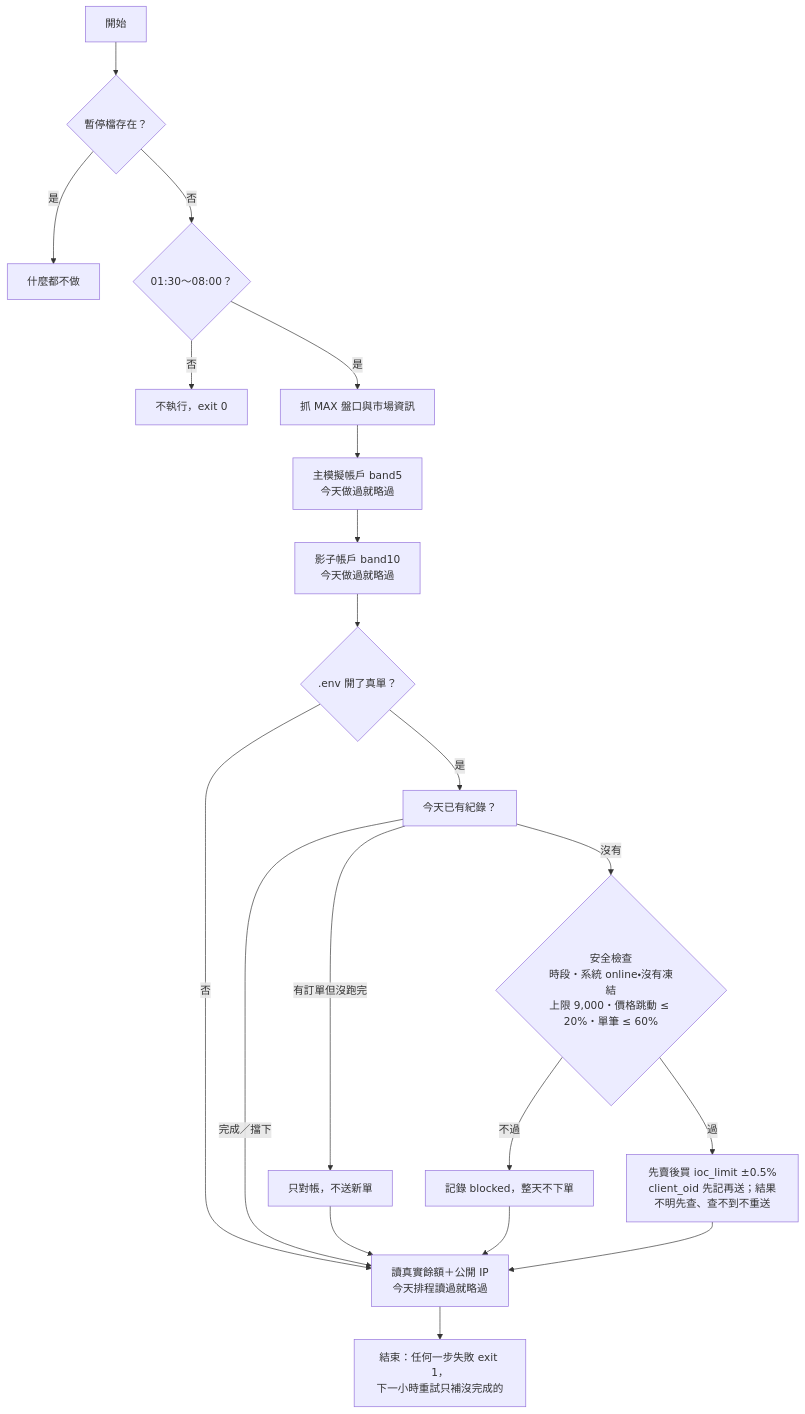
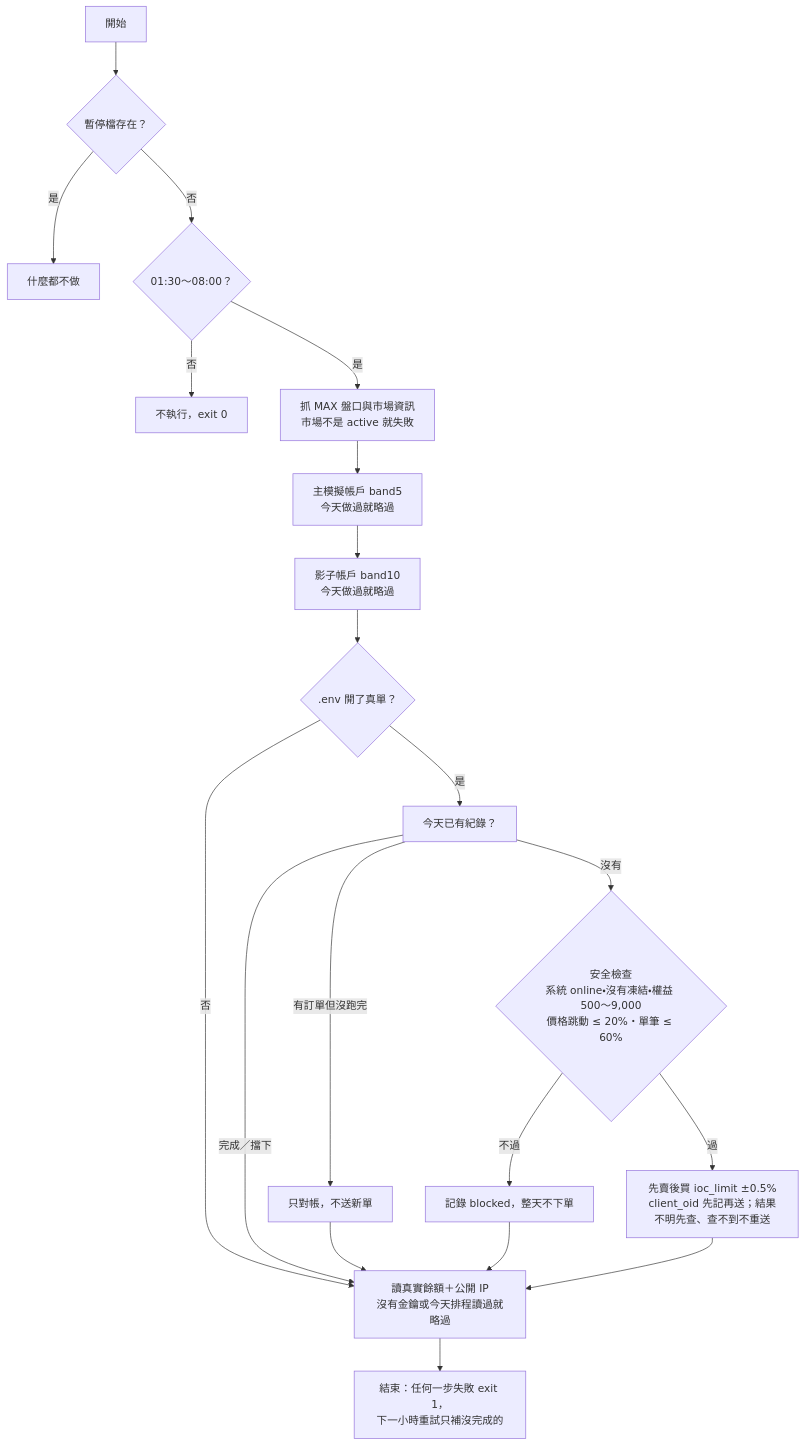
Before and after one commit to ShanHugo/Crypto_agent: the second of 3 diagrams in docs/ARCHITECTURE.md, drawn with Mermaid. The commit also changed other lines of this file and 1 other file, not shown here.

Commit message:
docs: align ARCHITECTURE.md with code (supervisor, guard list, live order, 403 hint)

````diff
--- a/docs/ARCHITECTURE.md
+++ b/docs/ARCHITECTURE.md
@@ -117,19 +123,19 @@
 ```mermaid
 flowchart TD
   S[開始] --> P0{暫停檔存在？}
   P0 -- 是 --> X0[什麼都不做]
   P0 -- 否 --> W{01:30～08:00？}
   W -- 否 --> X1[不執行，exit 0]
-  W -- 是 --> M[抓 MAX 盤口與市場資訊]
+  W -- 是 --> M[抓 MAX 盤口與市場資訊<br/>市場不是 active 就失敗]
   M --> A1[主模擬帳戶 band5<br/>今天做過就略過]
   A1 --> A2[影子帳戶 band10<br/>今天做過就略過]
   A2 --> L{.env 開了真單？}
   L -- 否 --> RD
   L -- 是 --> G[今天已有紀錄？]
   G -- 完成／擋下 --> RD
   G -- 有訂單但沒跑完 --> RC[只對帳，不送新單] --> RD
-  G -- 沒有 --> GU{安全檢查<br/>時段・系統 online・沒有凍結<br/>上限 9,000・價格跳動 ≤ 20%・單筆 ≤ 60%}
+  G -- 沒有 --> GU{安全檢查<br/>系統 online・沒有凍結・權益 500～9,000<br/>價格跳動 ≤ 20%・單筆 ≤ 60%}
   GU -- 不過 --> BL[記錄 blocked，整天不下單] --> RD
   GU -- 過 --> SL[先賣後買 ioc_limit ±0.5%<br/>client_oid 先記再送；結果不明先查、查不到不重送] --> RD
-  RD[讀真實餘額＋公開 IP<br/>今天排程讀過就略過] --> E[結束：任何一步失敗 exit 1，<br/>下一小時重試只補沒完成的]
+  RD[讀真實餘額＋公開 IP<br/>沒有金鑰或今天排程讀過就略過] --> E[結束：任何一步失敗 exit 1，<br/>下一小時重試只補沒完成的]
 ```
````
